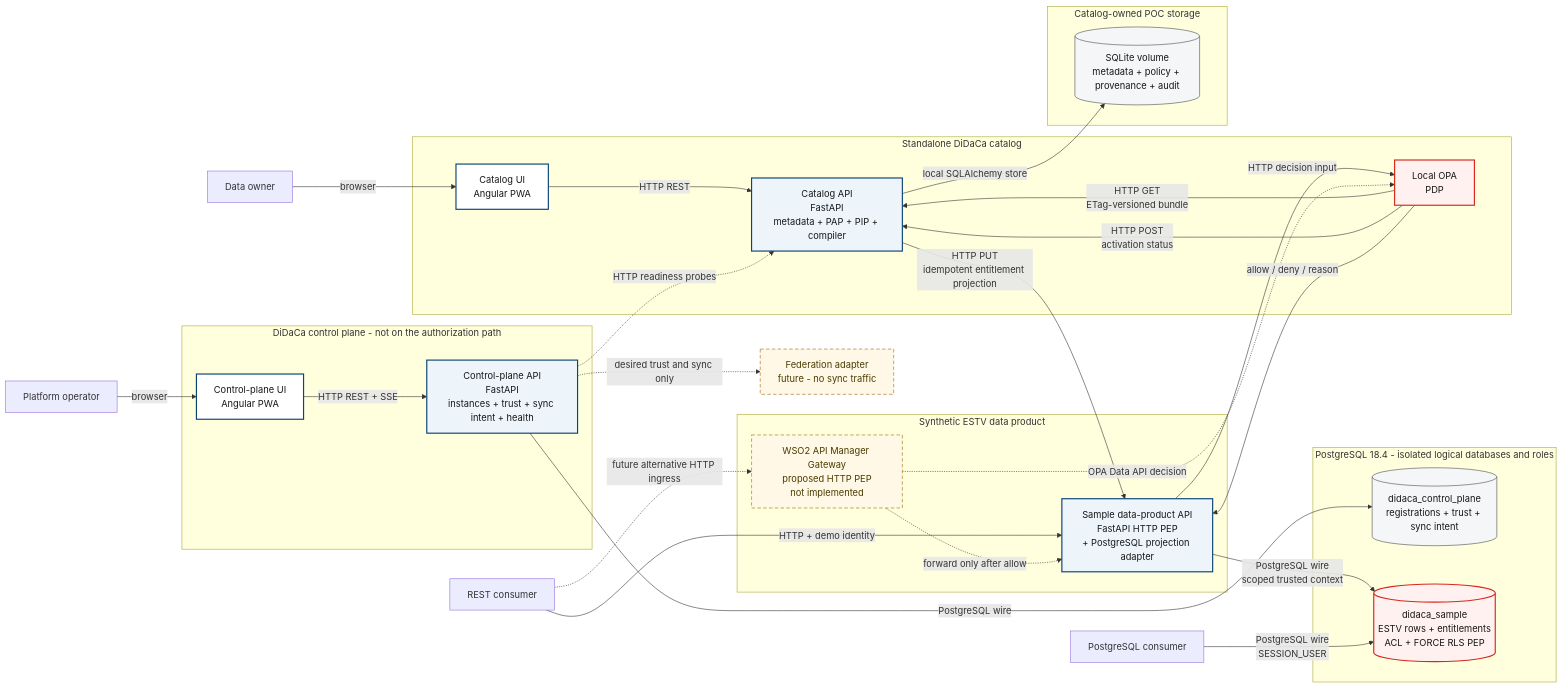
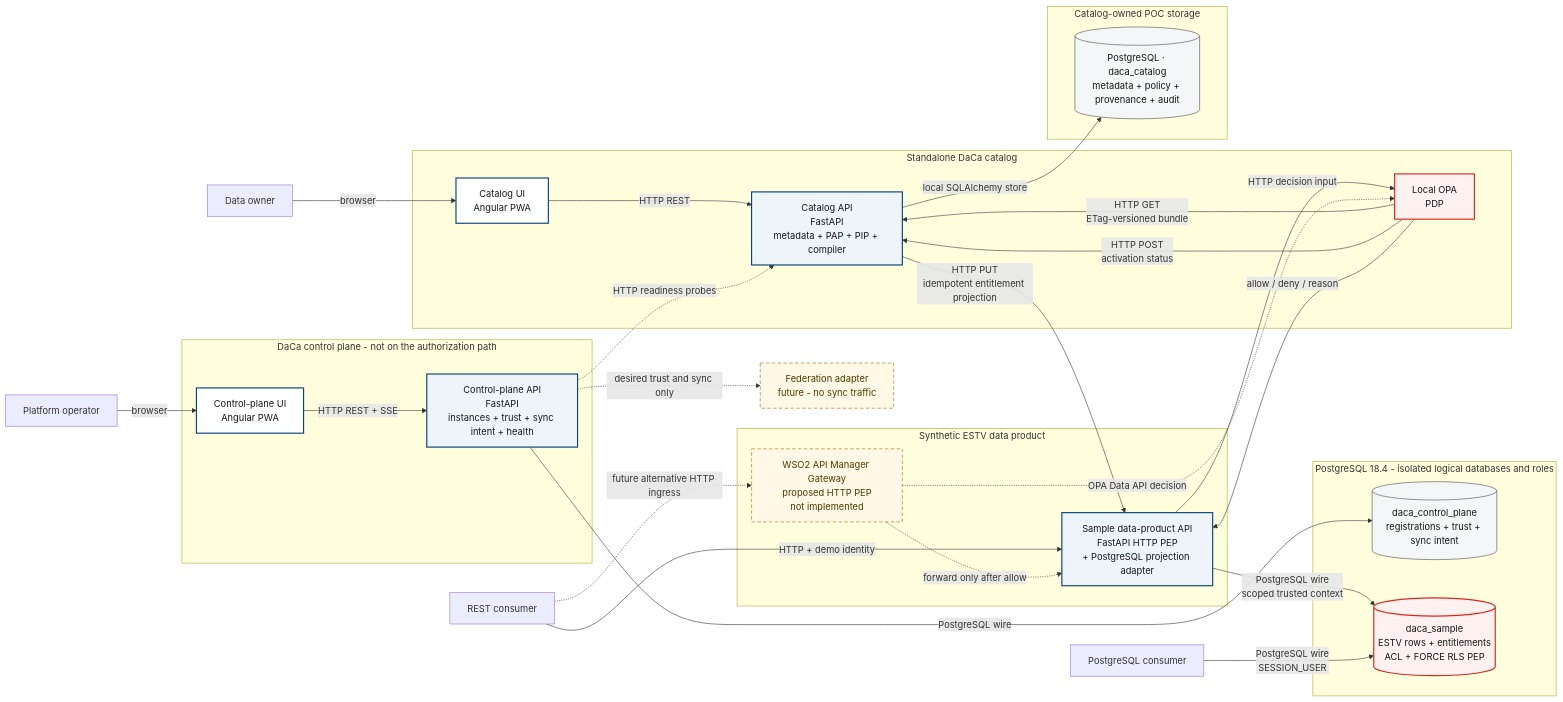
Before and after one commit to svabra/tib-daca-poc: the first of 3 diagrams in docs/architecture-pbac-diagrams.md, drawn with Mermaid. The commit also changed other lines of this file and 161 other files, not shown here.

Commit message:
Rename to DaCa and migrate runtime to PostgreSQL

````diff
--- a/docs/architecture-pbac-diagrams.md
+++ b/docs/architecture-pbac-diagrams.md
@@ -9,65 +9,65 @@
 ```mermaid
 flowchart LR
   Owner["Data owner"]
   Operator["Platform operator"]
   RestConsumer["REST consumer"]
   PgConsumer["PostgreSQL consumer"]
 
-  subgraph Catalog["Standalone DiDaCa catalog"]
+  subgraph Catalog["Standalone DaCa catalog"]
     CatalogUI["Catalog UI<br/>Angular PWA"]
     CatalogAPI["Catalog API<br/>FastAPI<br/>metadata + PAP + PIP + compiler"]
     OPA["Local OPA<br/>PDP"]
     CatalogUI -->|"HTTP REST"| CatalogAPI
     OPA -->|"HTTP GET<br/>ETag-versioned bundle"| CatalogAPI
     OPA -->|"HTTP POST<br/>activation status"| CatalogAPI
   end
 
-  subgraph Control["DiDaCa control plane - not on the authorization path"]
+  subgraph Control["DaCa control plane - not on the authorization path"]
     ControlUI["Control-plane UI<br/>Angular PWA"]
     ControlAPI["Control-plane API<br/>FastAPI<br/>instances + trust + sync intent + health"]
     ControlUI -->|"HTTP REST + SSE"| ControlAPI
   end
 
   subgraph Product["Synthetic ESTV data product"]
     ProductAPI["Sample data-product API<br/>FastAPI HTTP PEP<br/>+ PostgreSQL projection adapter"]
     WSO2["WSO2 API Manager Gateway<br/>proposed HTTP PEP<br/>not implemented"]
   end
 
   subgraph CatalogStorage["Catalog-owned POC storage"]
-    CatalogDB[("SQLite volume<br/>metadata + policy + provenance + audit")]
+    CatalogDB[("PostgreSQL · daca_catalog<br/>metadata + policy + provenance + audit")]
   end
 
   subgraph Storage["PostgreSQL 18.4 - isolated logical databases and roles"]
-    ControlDB[("didaca_control_plane<br/>registrations + trust + sync intent")]
-    ProductDB[("didaca_sample<br/>ESTV rows + entitlements<br/>ACL + FORCE RLS PEP")]
+    ControlDB[("daca_control_plane<br/>registrations + trust + sync intent")]
+    ProductDB[("daca_sample<br/>ESTV rows + entitlements<br/>ACL + FORCE RLS PEP")]
   end
 
   FutureFederation["Federation adapter<br/>future - no sync traffic"]
 
   Owner -->|"browser"| CatalogUI
   Operator -->|"browser"| ControlUI
   CatalogAPI -->|"local SQLAlchemy store"| CatalogDB
   ControlAPI -->|"PostgreSQL wire"| ControlDB
   CatalogAPI -->|"HTTP PUT<br/>idempotent entitlement projection"| ProductAPI
   ProductAPI -->|"HTTP decision input"| OPA
   OPA -->|"allow / deny / reason"| ProductAPI
   ProductAPI -->|"PostgreSQL wire<br/>scoped trusted context"| ProductDB
   RestConsumer -->|"HTTP + demo identity"| ProductAPI
   PgConsumer -->|"PostgreSQL wire<br/>SESSION_USER"| ProductDB
   ControlAPI -. "HTTP readiness probes" .-> CatalogAPI
   ControlAPI -. "desired trust and sync only" .-> FutureFederation
   RestConsumer -. "future alternative HTTP ingress" .-> WSO2
   WSO2 -. "OPA Data API decision" .-> OPA
   WSO2 -. "forward only after allow" .-> ProductAPI
 
   classDef ui fill:#ffffff,stroke:#0b4479,color:#171717,stroke-width:2px;
   classDef service fill:#edf5fb,stroke:#0b4479,color:#171717,stroke-width:2px;
   classDef security fill:#fff1f0,stroke:#d52b1e,color:#171717,stroke-width:2px;
   classDef store fill:#f4f6f7,stroke:#4a4a4a,color:#171717;
   classDef future fill:#fff8e6,stroke:#9a6700,color:#4a3b00,stroke-dasharray:6 4;
   class CatalogUI,ControlUI ui;
   class CatalogAPI,ControlAPI,ProductAPI service;
   class OPA,ProductDB security;
   class CatalogDB,ControlDB store;
   class WSO2,FutureFederation future;
 ```
````
